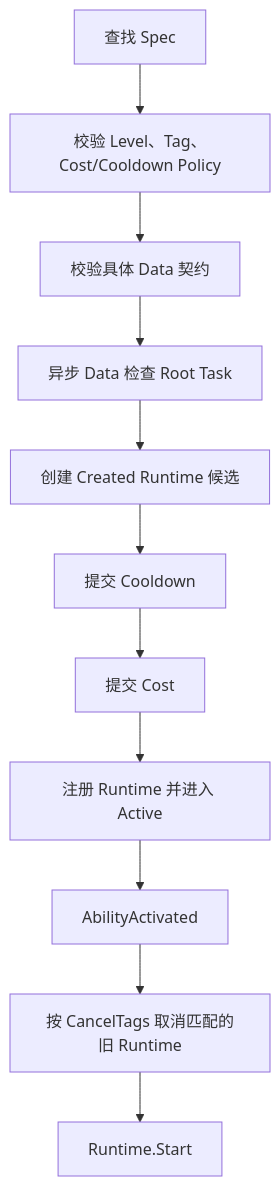
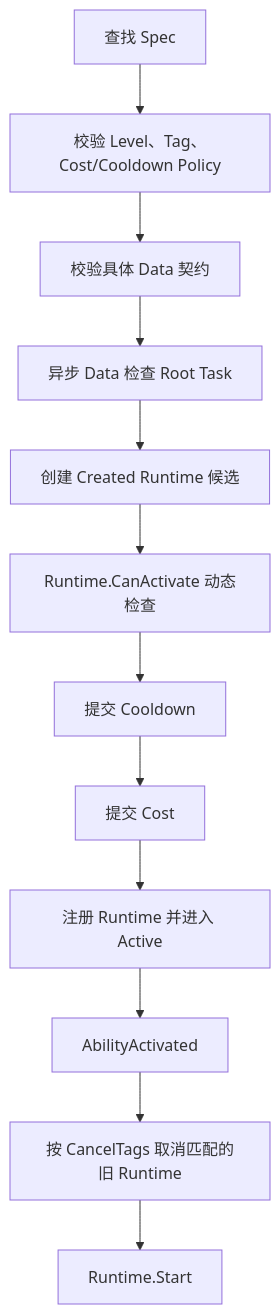
The second of 16 diagrams in Assets/GAS_Light/设计md/GameplayAbilityGameplay.md (Whitesheeeep/3DRPG), drawn with Mermaid before and after one commit. The commit also changed other lines of this file and 3 other files, not shown here.

````diff
--- a/Assets/GAS_Light/设计md/GameplayAbilityGameplay.md
+++ b/Assets/GAS_Light/设计md/GameplayAbilityGameplay.md
@@ -47,13 +47,14 @@
 ```mermaid
 flowchart TD
     Spec["查找 Spec"] --> Level["校验 Level、Tag、Cost/Cooldown Policy"]
     Level --> Contract["校验具体 Data 契约"]
     Contract --> Root["异步 Data 检查 Root Task"]
     Root --> Candidate["创建 Created Runtime 候选"]
-    Candidate --> Cooldown["提交 Cooldown"]
+    Candidate --> Dynamic["Runtime.CanActivate 动态检查"]
+    Dynamic --> Cooldown["提交 Cooldown"]
     Cooldown --> Cost["提交 Cost"]
     Cost --> Register["注册 Runtime 并进入 Active"]
     Register --> Activated["AbilityActivated"]
     Activated --> Cancel["按 CancelTags 取消匹配的旧 Runtime"]
     Cancel --> Start["Runtime.Start"]
 ```
````
